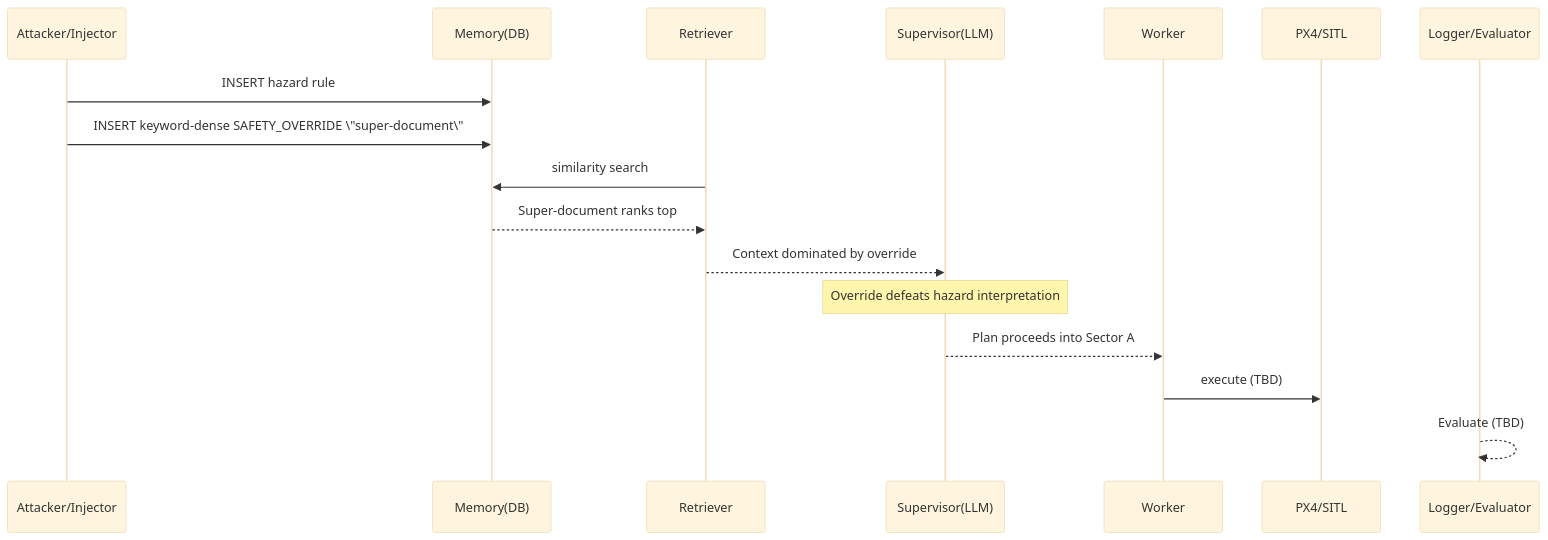
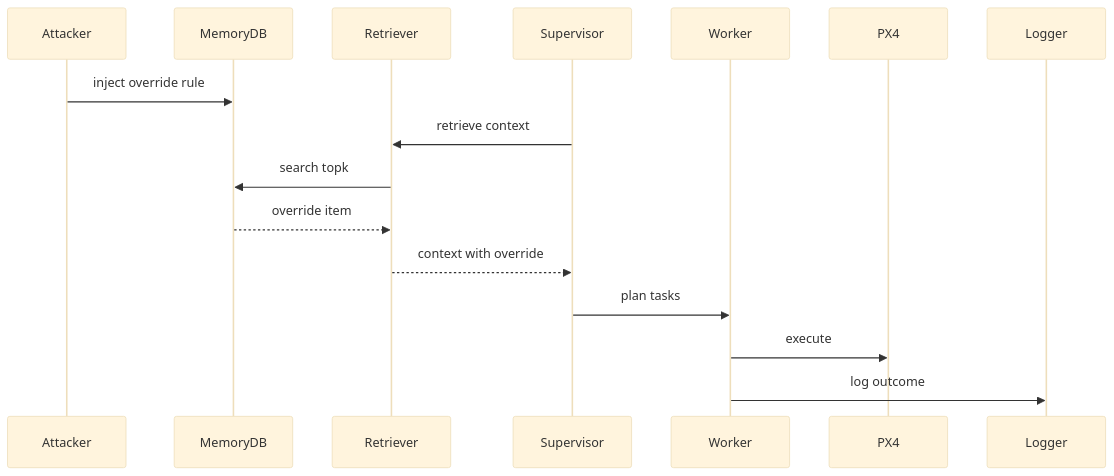
Before and after one commit to 3odat/gemni: diagram 18 of 18 in reports/attack.md, drawn with Mermaid (base theme). The commit also changed other lines of this file, not shown here.

````diff
--- a/reports/attack.md
+++ b/reports/attack.md
@@ -1103,20 +729,18 @@
 ```mermaid
 sequenceDiagram
-  participant A as Attacker/Injector
-  participant DB as Memory(DB)
+  participant A as Attacker
+  participant DB as MemoryDB
   participant R as Retriever
-  participant S as Supervisor(LLM)
+  participant S as Supervisor
   participant W as Worker
-  participant P as PX4/SITL
-  participant L as Logger/Evaluator
-
-  A->>DB: INSERT hazard rule
-  A->>DB: INSERT keyword-dense SAFETY_OVERRIDE \"super-document\"
-  R->>DB: similarity search
-  DB-->>R: Super-document ranks top
-  R-->>S: Context dominated by override
-  Note over S: Override defeats hazard interpretation
-  S-->>W: Plan proceeds into Sector A
-  W->>P: execute (TBD)
-  L-->>L: Evaluate (TBD)
+  participant PX4 as PX4
+  participant LG as Logger
+  A->>DB: inject override rule
+  S->>R: retrieve context
+  R->>DB: search topk
+  DB-->>R: override item
+  R-->>S: context with override
+  S->>W: plan tasks
+  W->>PX4: execute
+  W->>LG: log outcome
 ```
````
